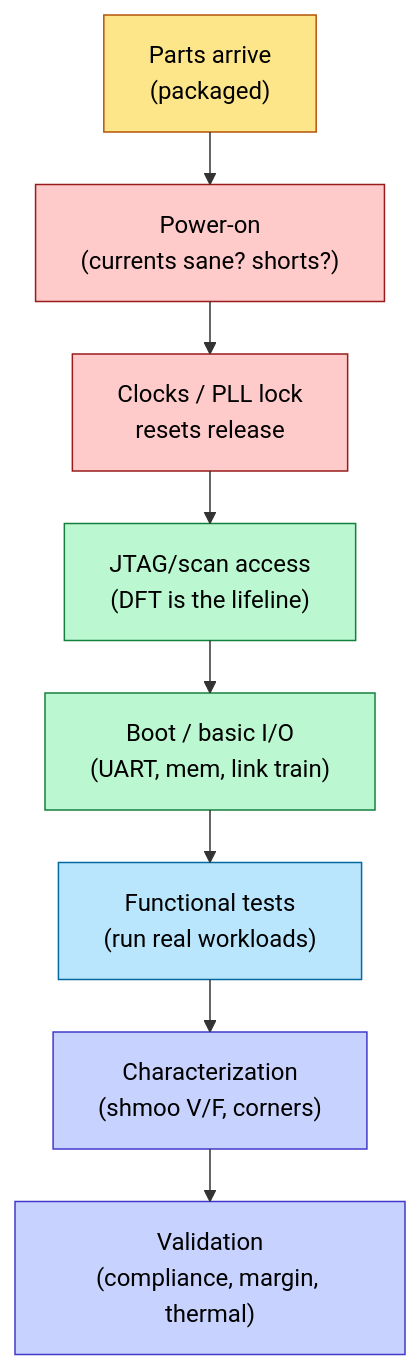
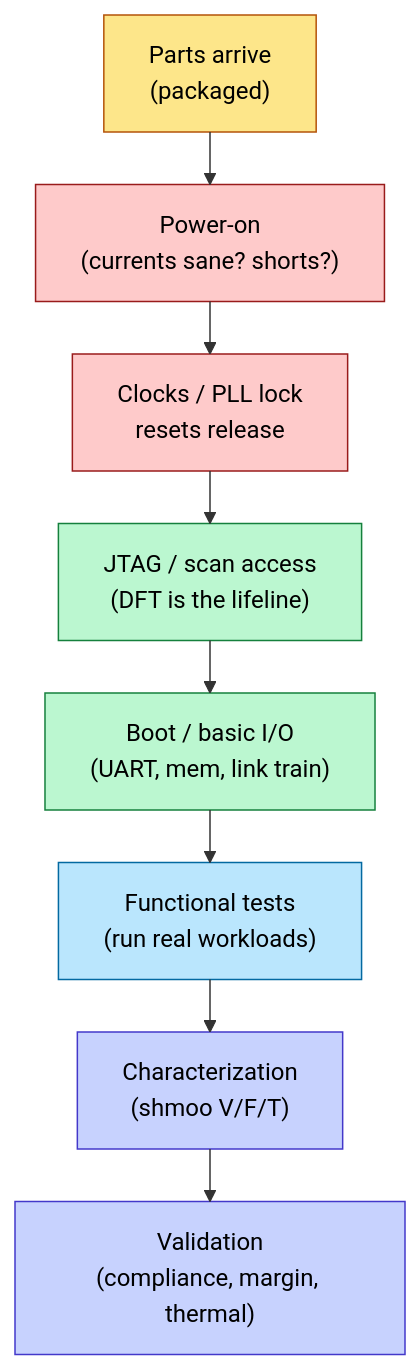
The diagram in 07_Manufacturing_and_Bringup/03_Tapeout_and_Post_Silicon_Bringup.md (Wty2003328/silicon-design-notebook), drawn with Mermaid before and after one commit. The commit also changed other lines of this file and 22 other files, not shown here.

Commit message:
Concept-first hard rework complete: all 48 architecture/design pages (trimmed signal dumps; added trade-off analysis + theoretical depth)

````diff
--- a/07_Manufacturing_and_Bringup/03_Tapeout_and_Post_Silicon_Bringup.md
+++ b/07_Manufacturing_and_Bringup/03_Tapeout_and_Post_Silicon_Bringup.md
@@ -46,16 +74,16 @@
 ```mermaid
 %%{init: {"flowchart": {"defaultRenderer": "elk", "nodeSpacing": 60, "rankSpacing": 60, "htmlLabels": false}}}%%
 flowchart TD
     P["Parts arrive<br/>(packaged)"]:::a --> POW["Power-on<br/>(currents sane? shorts?)"]:::b
     POW --> CLK["Clocks / PLL lock<br/>resets release"]:::b
-    CLK --> JTAG["JTAG/scan access<br/>(DFT is the lifeline)"]:::c
+    CLK --> JTAG["JTAG / scan access<br/>(DFT is the lifeline)"]:::c
     JTAG --> BOOT["Boot / basic I/O<br/>(UART, mem, link train)"]:::c
     BOOT --> FUNC["Functional tests<br/>(run real workloads)"]:::d
-    FUNC --> CHAR["Characterization<br/>(shmoo V/F, corners)"]:::e
+    FUNC --> CHAR["Characterization<br/>(shmoo V/F/T)"]:::e
     CHAR --> VAL["Validation<br/>(compliance, margin, thermal)"]:::e
     classDef a fill:#fde68a,stroke:#b45309,color:#000
     classDef b fill:#fecaca,stroke:#991b1b,color:#000
     classDef c fill:#bbf7d0,stroke:#15803d,color:#000
     classDef d fill:#bae6fd,stroke:#0369a1,color:#000
     classDef e fill:#c7d2fe,stroke:#4338ca,color:#000
 ```
````
